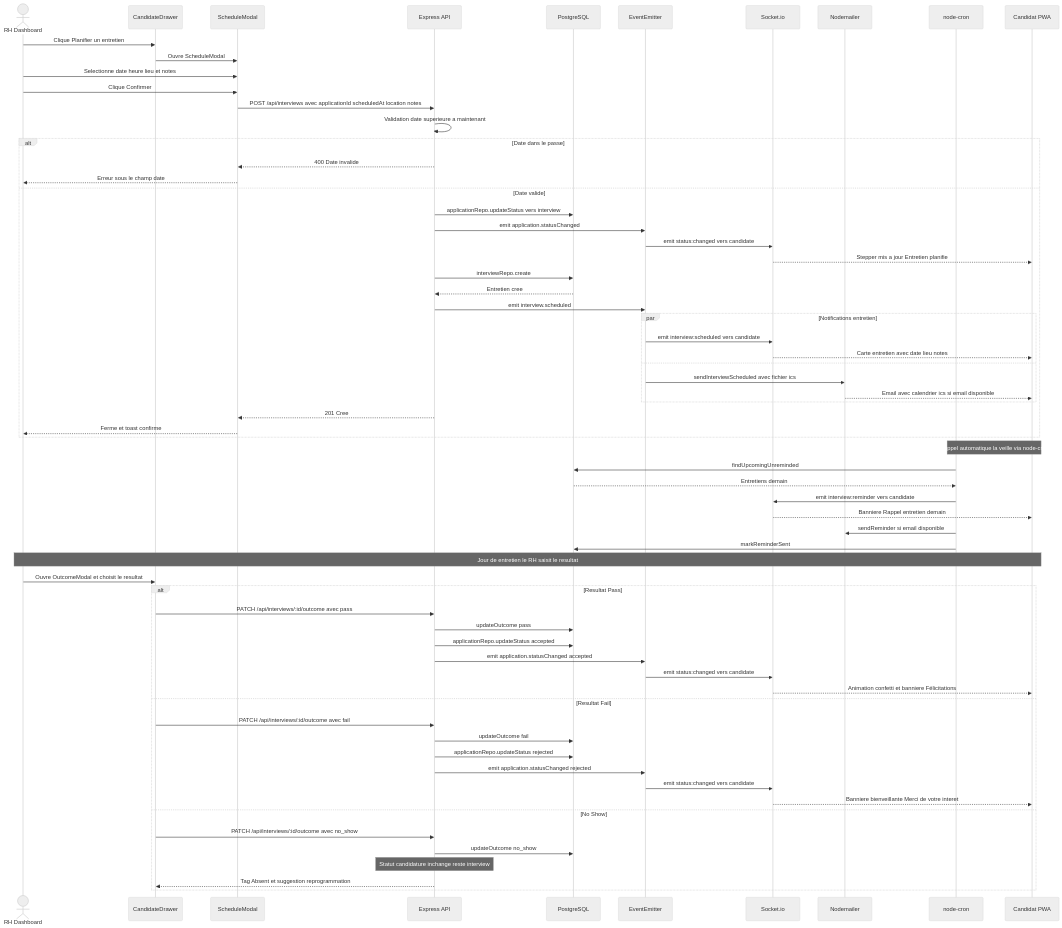
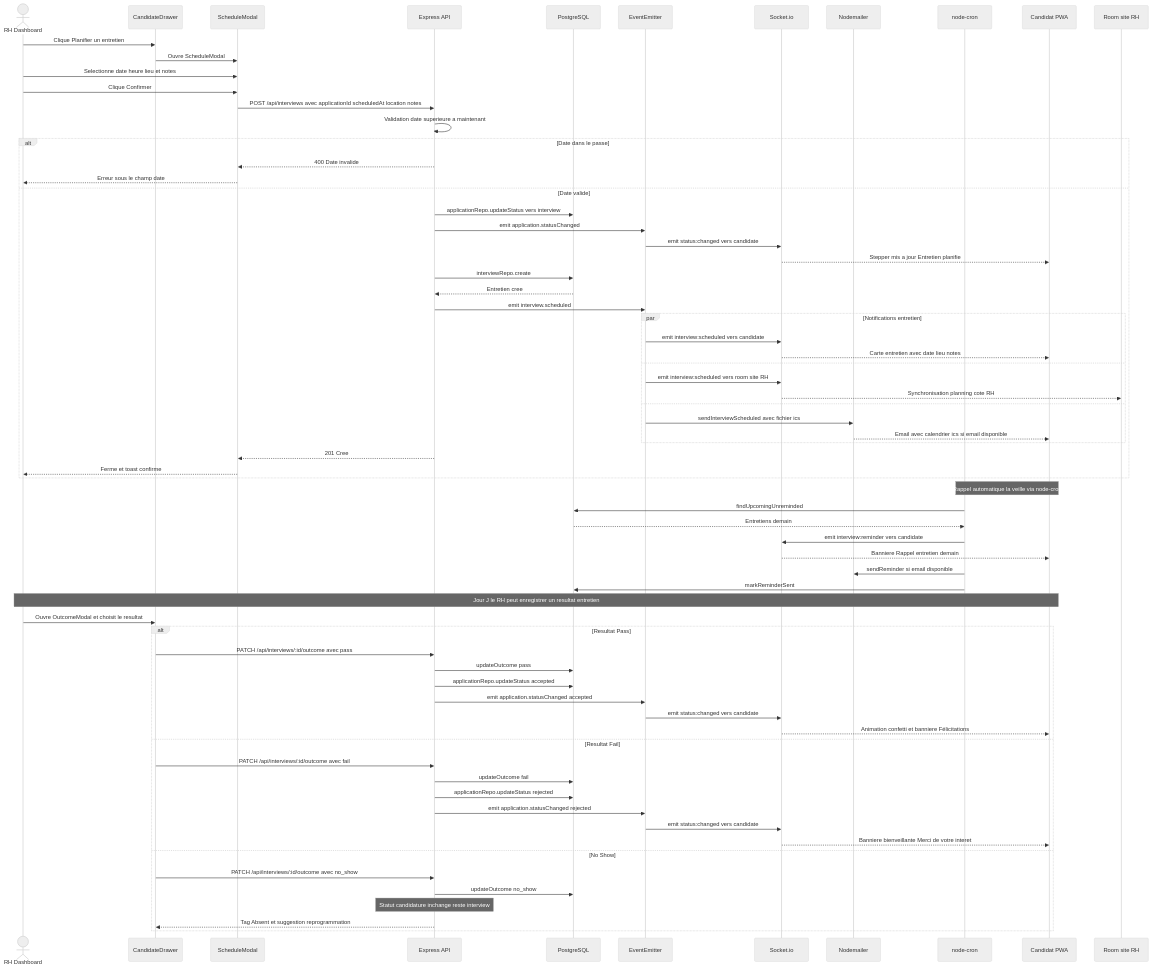
One commit to foudhilriahi/schulte changed the diagram in diagramms/07_sequence_entretien.md. Above: the diagram before and after it, drawn with Mermaid (neutral theme). The commit also changed 40 other files, not shown here.

First line of the commit message:
refactor: update Gantt roadmap and README for clarity and accuracy

```diff
--- a/diagramms/07_sequence_entretien.md
+++ b/diagramms/07_sequence_entretien.md
@@ -12,6 +12,7 @@
     participant Email as Nodemailer
     participant Cron as node-cron
     participant PWA as Candidat PWA
+    participant HRSite as Room site RH
 
     RH->>Drawer: Clique Planifier un entretien
     Drawer->>Modal: Ouvre ScheduleModal
@@ -39,6 +40,9 @@
             Emitter->>Socket: emit interview:scheduled vers candidate
             Socket-->>PWA: Carte entretien avec date lieu notes
         and
+            Emitter->>Socket: emit interview:scheduled vers room site RH
+            Socket-->>HRSite: Synchronisation planning cote RH
+        and
             Emitter->>Email: sendInterviewScheduled avec fichier ics
             Email-->>PWA: Email avec calendrier ics si email disponible
         end
@@ -56,7 +60,7 @@
     Cron->>Email: sendReminder si email disponible
     Cron->>DB: markReminderSent
 
-    Note over RH, PWA: Jour de entretien le RH saisit le resultat
+    Note over RH, PWA: Jour J le RH peut enregistrer un resultat entretien
 
     RH->>Drawer: Ouvre OutcomeModal et choisit le resultat
 
```
